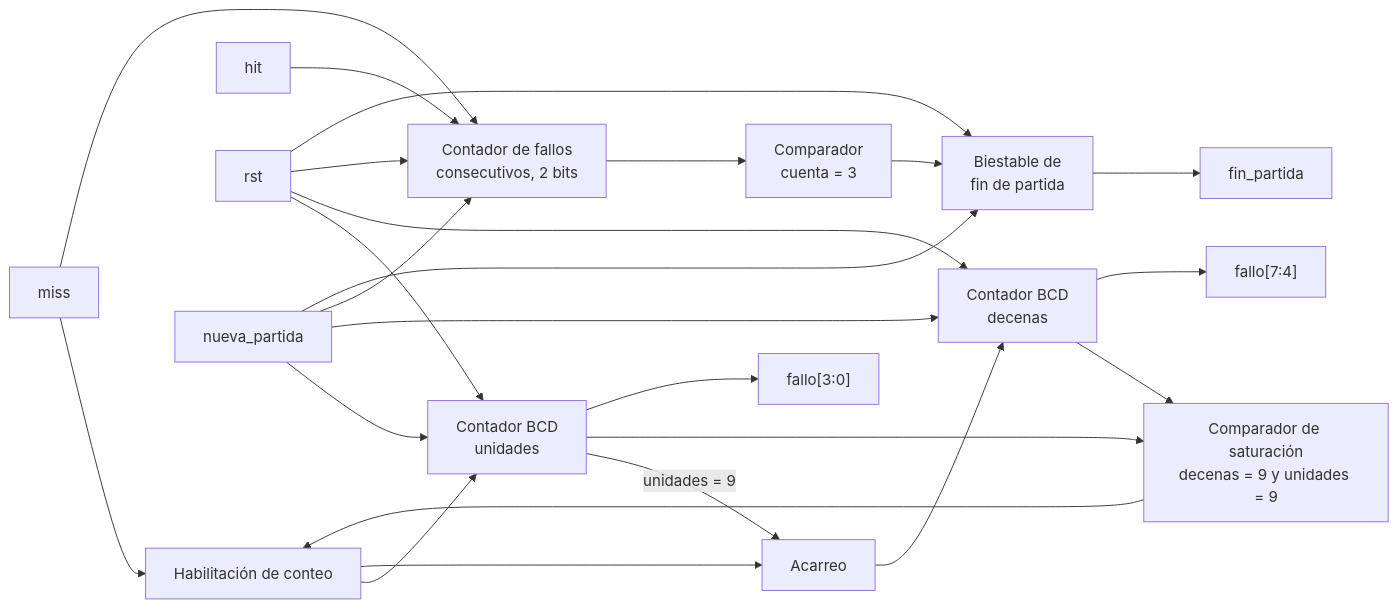
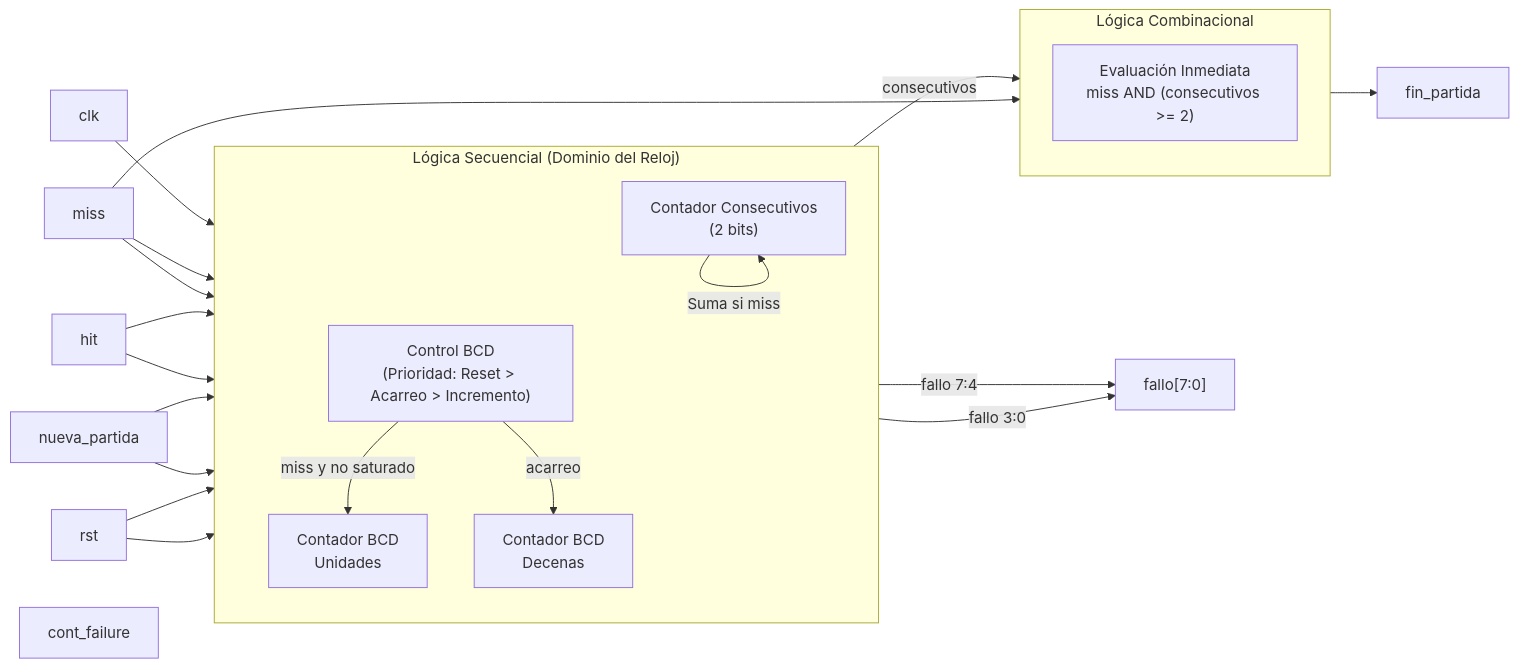
The diagram in docs/Diseños_Separados/fpga/m06_fail_counter.md (Taller-de-diseno-digital-GR01/Proyecto-1-Whack-a-mole), drawn with Mermaid before and after one commit. The commit also changed other lines of this file and 5 other files, not shown here.

````diff
--- a/docs/Diseños_Separados/fpga/m06_fail_counter.md
+++ b/docs/Diseños_Separados/fpga/m06_fail_counter.md
@@ -36,26 +36,48 @@
 ```mermaid
 flowchart LR
-    miss[miss] --> E
-    S["Comparador de saturación<br/>decenas = 9 y unidades = 9"] --> E
-    E["Habilitación de conteo"] --> U
-    U["Contador BCD<br/>unidades"] -->|unidades = 9| CY["Acarreo"]
-    E --> CY
-    CY --> D["Contador BCD<br/>decenas"]
-    U --> S
-    D --> S
-    U --> ou["fallo[3:0]"]
-    D --> od["fallo[7:4]"]
-    miss --> K["Contador de fallos<br/>consecutivos, 2 bits"]
-    hit[hit] --> K
-    K --> C3["Comparador<br/>cuenta = 3"]
-    C3 --> FP["Biestable de<br/>fin de partida"]
-    FP --> fp[fin_partida]
-    rst[rst] --> U
-    rst --> D
-    rst --> K
-    rst --> FP
-    np[nueva_partida] --> U
-    np --> D
-    np --> K
-    np --> FP
+    %% Entradas
+    clk[clk]
+    rst[rst]
+    np[nueva_partida]
+    hit[hit]
+    miss[miss]
+    cf[cont_failure]
+
+    subgraph Logica_Secuencial ["Lógica Secuencial (Dominio del Reloj)"]
+        direction TB
+        E["Control BCD<br/>(Prioridad: Reset > Acarreo > Incremento)"]
+        U["Contador BCD<br/>Unidades"]
+        D["Contador BCD<br/>Decenas"]
+        K["Contador Consecutivos<br/>(2 bits)"]
+
+        E -->|miss y no saturado| U
+        E -->|acarreo| D
+        
+        K -->|Reset si hit| K
+        K -->|Suma si miss| K
+    end
+
+    subgraph Logica_Combinacional ["Lógica Combinacional"]
+        direction TB
+        C3["Evaluación Inmediata<br/>miss AND (consecutivos >= 2)"]
+    end
+
+    %% Salidas
+    out_fallo["fallo[7:0]"]
+    out_fin["fin_partida"]
+
+    %% Conexiones de Entrada
+    clk --> Logica_Secuencial
+    rst --> E & K
+    np --> E & K
+    hit --> E & K
+    miss --> E & K
+    miss --> C3
+    
+    %% Conexiones Internas a Salidas
+    K -->|consecutivos| C3
+    C3 --> out_fin
+
+    U -->|fallo 3:0| out_fallo
+    D -->|fallo 7:4| out_fallo
 ```
````
